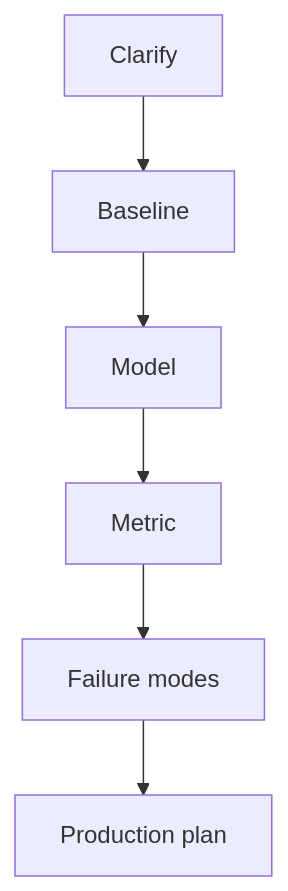
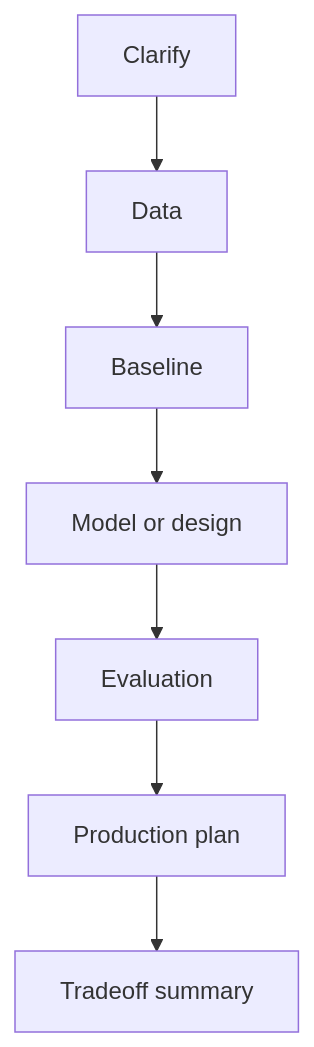
The diagram in INTERVIEW_GUIDE.md (Icon1cc/Machine-Learning), drawn with Mermaid before and after one commit. The commit also changed other lines of this file and 231 other files, not shown here.

````diff
--- a/INTERVIEW_GUIDE.md
+++ b/INTERVIEW_GUIDE.md
@@ -36,8 +58,9 @@
 ```mermaid
 flowchart TD
-    A[Clarify] --> B[Baseline]
-    B --> C[Model]
-    C --> D[Metric]
-    D --> E[Failure modes]
+    A[Clarify] --> B[Data]
+    B --> C[Baseline]
+    C --> D[Model or design]
+    D --> E[Evaluation]
     E --> F[Production plan]
+    F --> G[Tradeoff summary]
 ```
````
